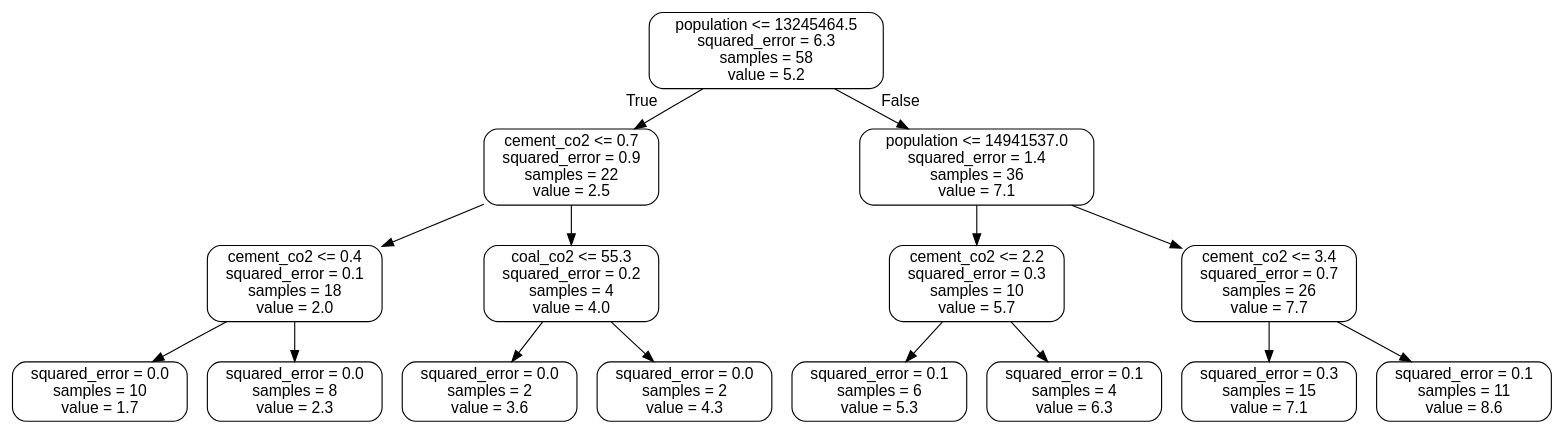
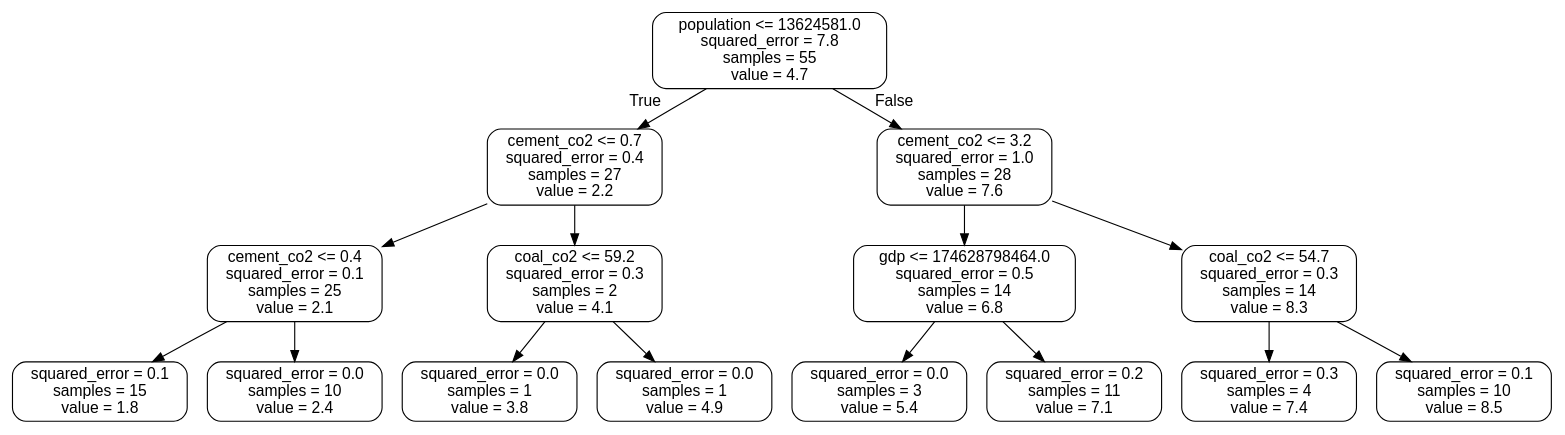
One commit to L-dos-Santos/final-project changed the diagram in small_tree.dot. Above: the diagram before and after it, drawn with Graphviz. The commit also changed 3 other files, not shown here.

```diff
--- a/small_tree.dot
+++ b/small_tree.dot
@@ -1,33 +1,33 @@
 digraph Tree {
 node [shape=box, style="rounded", color="black", fontname="helvetica"] ;
 edge [fontname="helvetica"] ;
-0 [label="population <= 13245464.5\nsquared_error = 6.3\nsamples = 58\nvalue = 5.2"] ;
-1 [label="cement_co2 <= 0.7\nsquared_error = 0.9\nsamples = 22\nvalue = 2.5"] ;
+0 [label="population <= 13624581.0\nsquared_error = 7.8\nsamples = 55\nvalue = 4.7"] ;
+1 [label="cement_co2 <= 0.7\nsquared_error = 0.4\nsamples = 27\nvalue = 2.2"] ;
 0 -> 1 [labeldistance=2.5, labelangle=45, headlabel="True"] ;
-2 [label="cement_co2 <= 0.4\nsquared_error = 0.1\nsamples = 18\nvalue = 2.0"] ;
+2 [label="cement_co2 <= 0.4\nsquared_error = 0.1\nsamples = 25\nvalue = 2.1"] ;
 1 -> 2 ;
-3 [label="squared_error = 0.0\nsamples = 10\nvalue = 1.7"] ;
+3 [label="squared_error = 0.1\nsamples = 15\nvalue = 1.8"] ;
 2 -> 3 ;
-4 [label="squared_error = 0.0\nsamples = 8\nvalue = 2.3"] ;
+4 [label="squared_error = 0.0\nsamples = 10\nvalue = 2.4"] ;
 2 -> 4 ;
-5 [label="coal_co2 <= 55.3\nsquared_error = 0.2\nsamples = 4\nvalue = 4.0"] ;
+5 [label="coal_co2 <= 59.2\nsquared_error = 0.3\nsamples = 2\nvalue = 4.1"] ;
 1 -> 5 ;
-6 [label="squared_error = 0.0\nsamples = 2\nvalue = 3.6"] ;
+6 [label="squared_error = 0.0\nsamples = 1\nvalue = 3.8"] ;
 5 -> 6 ;
-7 [label="squared_error = 0.0\nsamples = 2\nvalue = 4.3"] ;
+7 [label="squared_error = 0.0\nsamples = 1\nvalue = 4.9"] ;
 5 -> 7 ;
-8 [label="population <= 14941537.0\nsquared_error = 1.4\nsamples = 36\nvalue = 7.1"] ;
+8 [label="cement_co2 <= 3.2\nsquared_error = 1.0\nsamples = 28\nvalue = 7.6"] ;
 0 -> 8 [labeldistance=2.5, labelangle=-45, headlabel="False"] ;
-9 [label="cement_co2 <= 2.2\nsquared_error = 0.3\nsamples = 10\nvalue = 5.7"] ;
+9 [label="gdp <= 174628798464.0\nsquared_error = 0.5\nsamples = 14\nvalue = 6.8"] ;
 8 -> 9 ;
-10 [label="squared_error = 0.1\nsamples = 6\nvalue = 5.3"] ;
+10 [label="squared_error = 0.0\nsamples = 3\nvalue = 5.4"] ;
 9 -> 10 ;
-11 [label="squared_error = 0.1\nsamples = 4\nvalue = 6.3"] ;
+11 [label="squared_error = 0.2\nsamples = 11\nvalue = 7.1"] ;
 9 -> 11 ;
-12 [label="cement_co2 <= 3.4\nsquared_error = 0.7\nsamples = 26\nvalue = 7.7"] ;
+12 [label="coal_co2 <= 54.7\nsquared_error = 0.3\nsamples = 14\nvalue = 8.3"] ;
 8 -> 12 ;
-13 [label="squared_error = 0.3\nsamples = 15\nvalue = 7.1"] ;
+13 [label="squared_error = 0.3\nsamples = 4\nvalue = 7.4"] ;
 12 -> 13 ;
-14 [label="squared_error = 0.1\nsamples = 11\nvalue = 8.6"] ;
+14 [label="squared_error = 0.1\nsamples = 10\nvalue = 8.5"] ;
 12 -> 14 ;
 }
```
